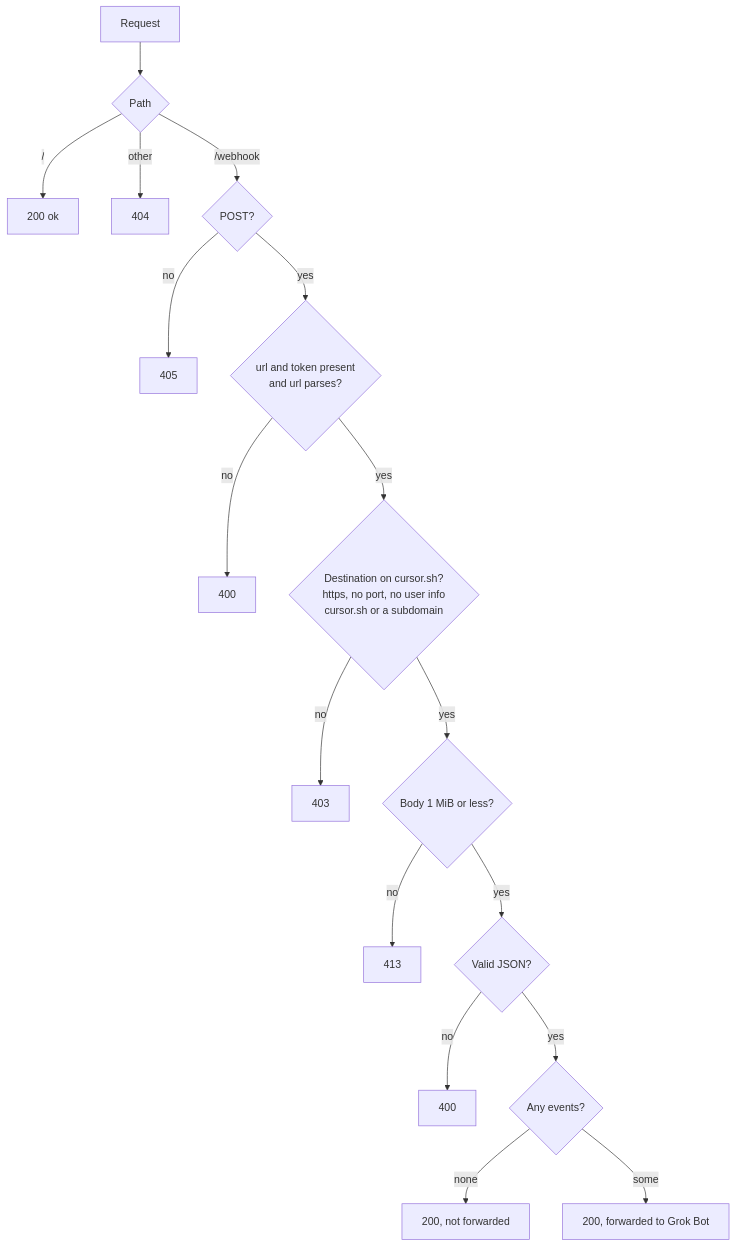
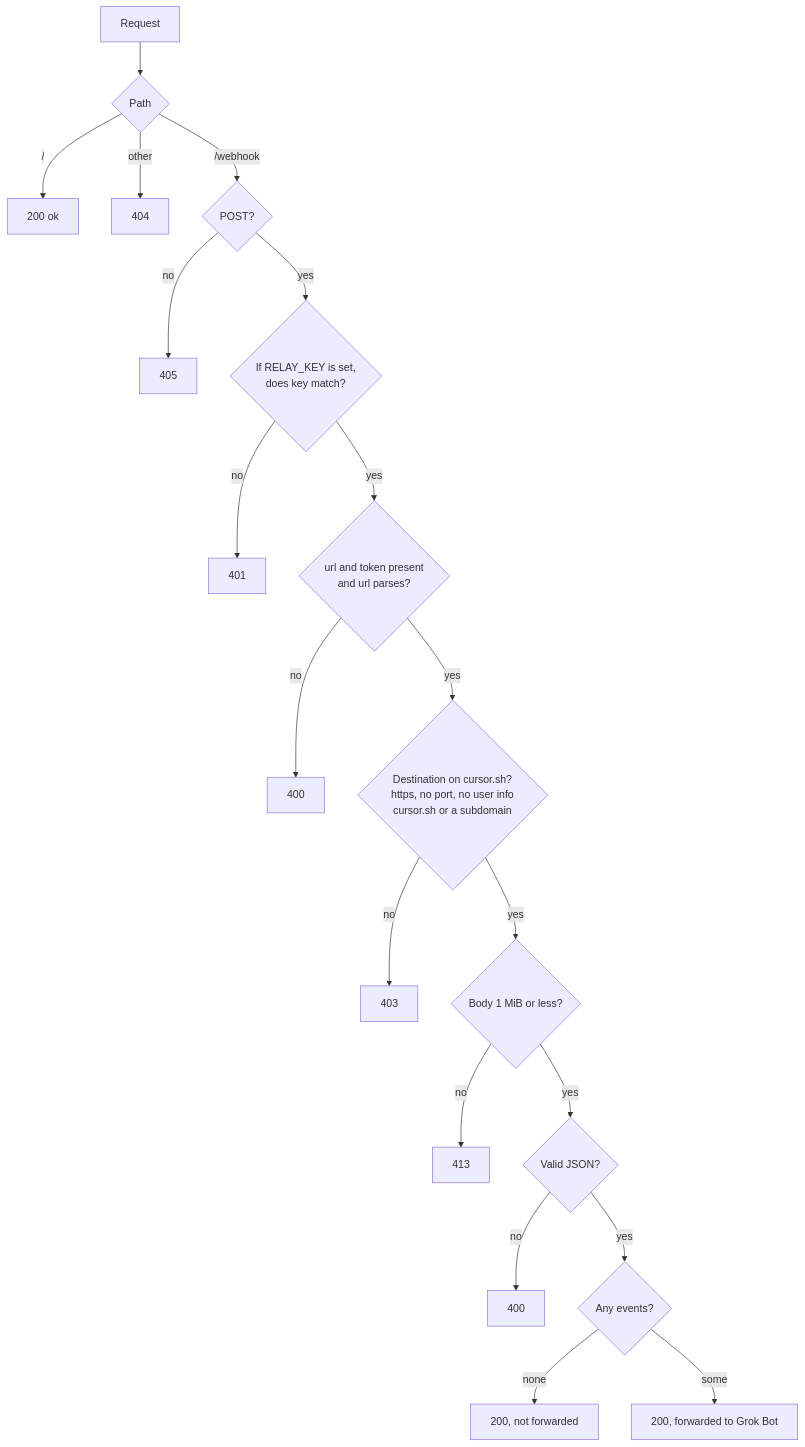
One commit to keesmark/grok-bot-harness-line changed the second of 2 diagrams in README.en.md. Above: the diagram before and after it, drawn with Mermaid. The commit also changed other lines of this file and 6 other files, not shown here.

First line of the commit message:
Optionally require a relay key so the Worker cannot be used as a relay

````diff
--- a/README.en.md
+++ b/README.en.md
@@ -65,19 +79,21 @@
 ```mermaid
 flowchart TD
     A[Request] --> B{Path}
     B -- / --> OK[200 ok]
     B -- other --> N404[404]
     B -- /webhook --> C{POST?}
     C -- no --> N405[405]
-    C -- yes --> D{url and token present<br/>and url parses?}
+    C -- yes --> K{If RELAY_KEY is set,<br/>does key match?}
+    K -- no --> N401[401]
+    K -- yes --> D{url and token present<br/>and url parses?}
     D -- no --> N400a[400]
     D -- yes --> E{Destination on cursor.sh?<br/>https, no port, no user info<br/>cursor.sh or a subdomain}
     E -- no --> N403[403]
     E -- yes --> F{Body 1 MiB or less?}
     F -- no --> N413[413]
     F -- yes --> G{Valid JSON?}
     G -- no --> N400b[400]
     G -- yes --> H{Any events?}
     H -- none --> R200a[200, not forwarded]
     H -- some --> R200b[200, forwarded to Grok Bot]
 ```
````
